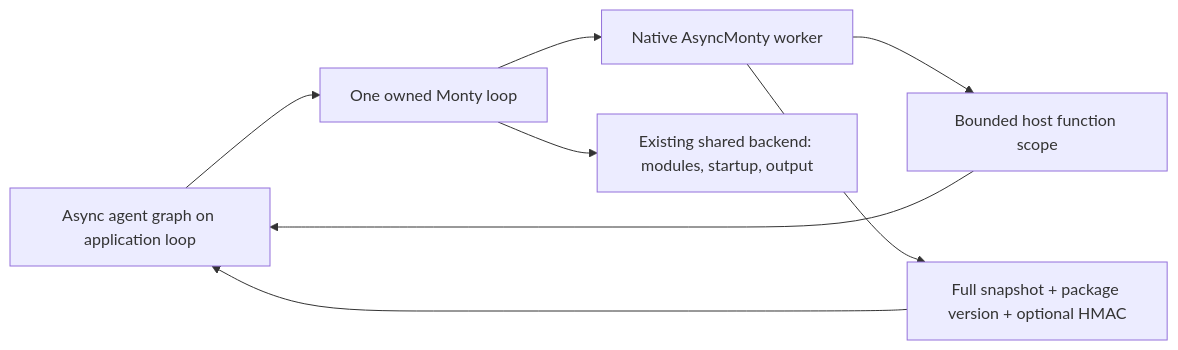
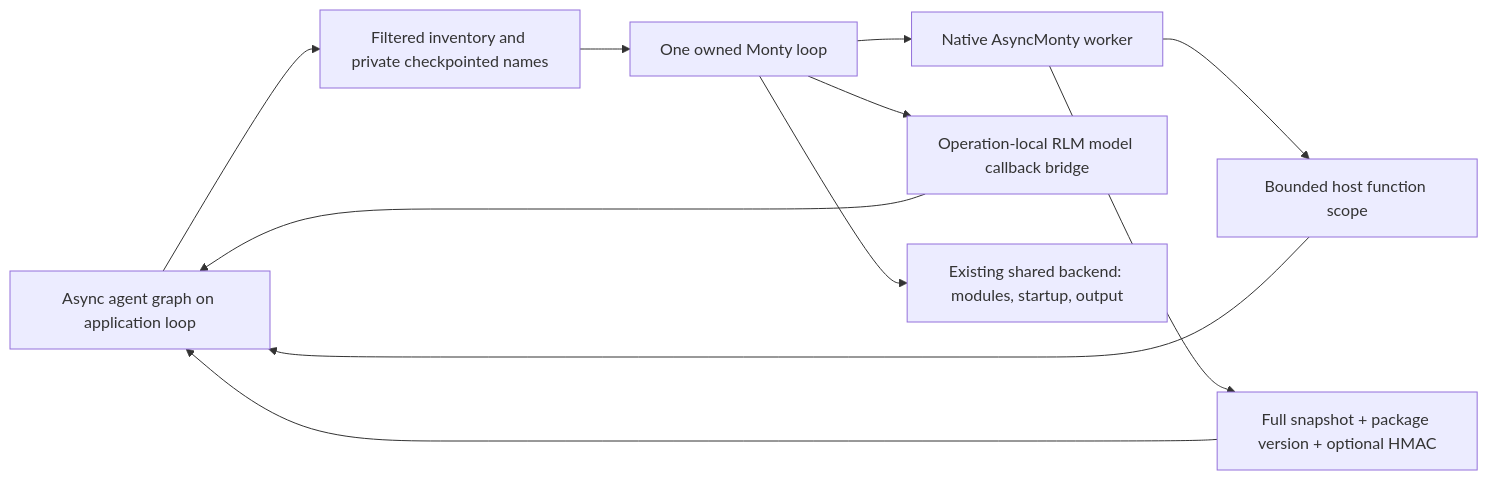
One commit to sgaseretto/arenero changed the third of 7 diagrams in docs/design-decisions.md. Above: the diagram before and after it, drawn with Mermaid. The commit also changed other lines of this file and 11 other files, not shown here.

````diff
--- a/docs/design-decisions.md
+++ b/docs/design-decisions.md
@@ -129,10 +151,13 @@
 ```mermaid
 flowchart LR
-    Graph["Async agent graph on application loop"] --> Bridge["One owned Monty loop"]
+    Graph["Async agent graph on application loop"] --> Selection["Filtered inventory and private checkpointed names"]
+    Selection --> Bridge["One owned Monty loop"]
     Bridge --> VM["Native AsyncMonty worker"]
     VM --> Host["Bounded host function scope"]
     Host --> Graph
+    Bridge --> Model["Operation-local RLM model callback bridge"]
+    Model --> Graph
     Bridge --> File["Existing shared backend: modules, startup, output"]
     VM --> Snapshot["Full snapshot + package version + optional HMAC"]
     Snapshot --> Graph
 ```
````
